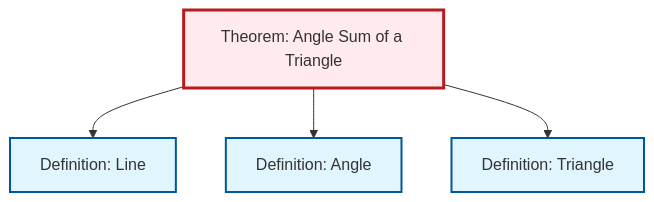
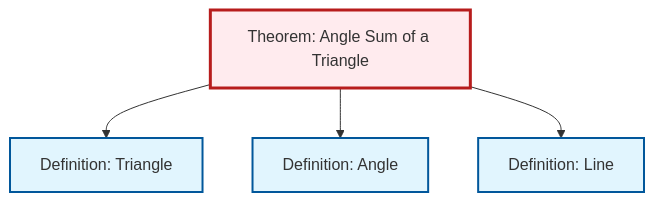
The diagram in content/en/geometry/thm-angle-sum-triangle.qmd (RK0429/ModernMath), drawn with Mermaid before and after one commit. The commit also changed other lines of this file and 615 other files, not shown here.

````diff
--- a/content/en/geometry/thm-angle-sum-triangle.qmd
+++ b/content/en/geometry/thm-angle-sum-triangle.qmd
@@ -57,20 +57,20 @@
 ```{mermaid}
 %%| fig-cap: "Local dependency graph"
 graph TD
     classDef definition fill:#e1f5fe,stroke:#01579b,stroke-width:2px
     classDef theorem fill:#f3e5f5,stroke:#4a148c,stroke-width:2px
     classDef axiom fill:#fff3e0,stroke:#e65100,stroke-width:2px
     classDef example fill:#e8f5e9,stroke:#1b5e20,stroke-width:2px
     classDef current fill:#ffebee,stroke:#b71c1c,stroke-width:3px
     def-triangle["Definition: Triangle"]:::definition
+    def-angle["Definition: Angle"]:::definition
     thm-angle-sum-triangle["Theorem: Angle Sum of a Triangle"]:::theorem
     def-line["Definition: Line"]:::definition
-    def-angle["Definition: Angle"]:::definition
+    thm-angle-sum-triangle --> def-triangle
+    thm-angle-sum-triangle --> def-angle
     thm-angle-sum-triangle --> def-line
-    thm-angle-sum-triangle --> def-angle
-    thm-angle-sum-triangle --> def-triangle
     class thm-angle-sum-triangle current
     click def-triangle "def-triangle.html" "Go to Triangle definition"
+    click def-angle "def-angle.html" "Go to Angle definition"
     click def-line "def-line.html" "Go to Line definition"
-    click def-angle "def-angle.html" "Go to Angle definition"
 ```
````
